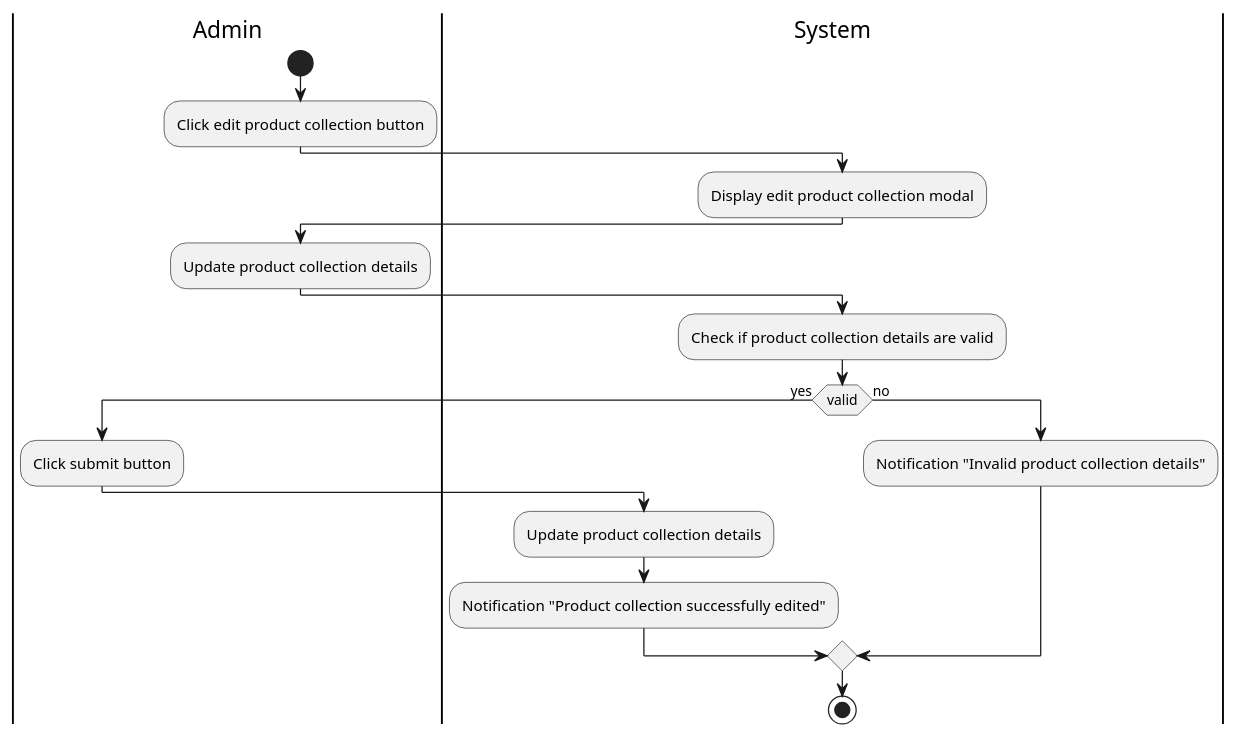
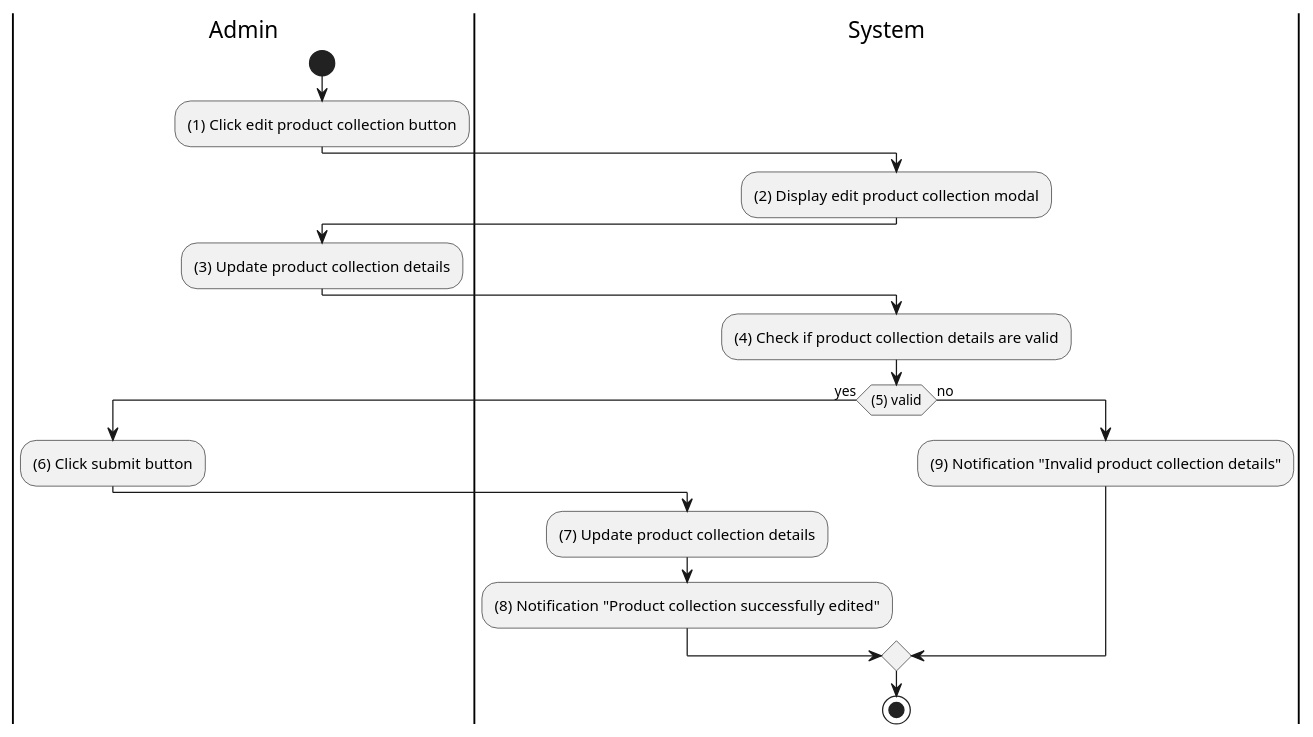
One commit to tuankietcoderr/SE357-Practice-class changed the diagram in Lab1/Lab1.2/Activity/edit-product-collection.puml. Above: the diagram before and after it, drawn with PlantUML. The commit also changed 10 other files, not shown here.

```diff
--- a/Lab1/Lab1.2/Activity/edit-product-collection.puml
+++ b/Lab1/Lab1.2/Activity/edit-product-collection.puml
@@ -1,22 +1,22 @@
 @startuml Edit product collection
 |Admin|
 start
-:Click edit product collection button;
+:(1) Click edit product collection button;
 |System|
-:Display edit product collection modal;
+:(2) Display edit product collection modal;
 |Admin|
-:Update product collection details;
+:(3) Update product collection details;
 |System|
-:Check if product collection details are valid;
-if (valid) then (yes)
+:(4) Check if product collection details are valid;
+if ((5) valid) then (yes)
 |Admin|
-:Click submit button;
+:(6) Click submit button;
 |System|
-:Update product collection details;
-:Notification "Product collection successfully edited";
+:(7) Update product collection details;
+:(8) Notification "Product collection successfully edited";
 else (no)
 |System|
-:Notification "Invalid product collection details";
+:(9) Notification "Invalid product collection details";
 endif
 stop
 @enduml
```
